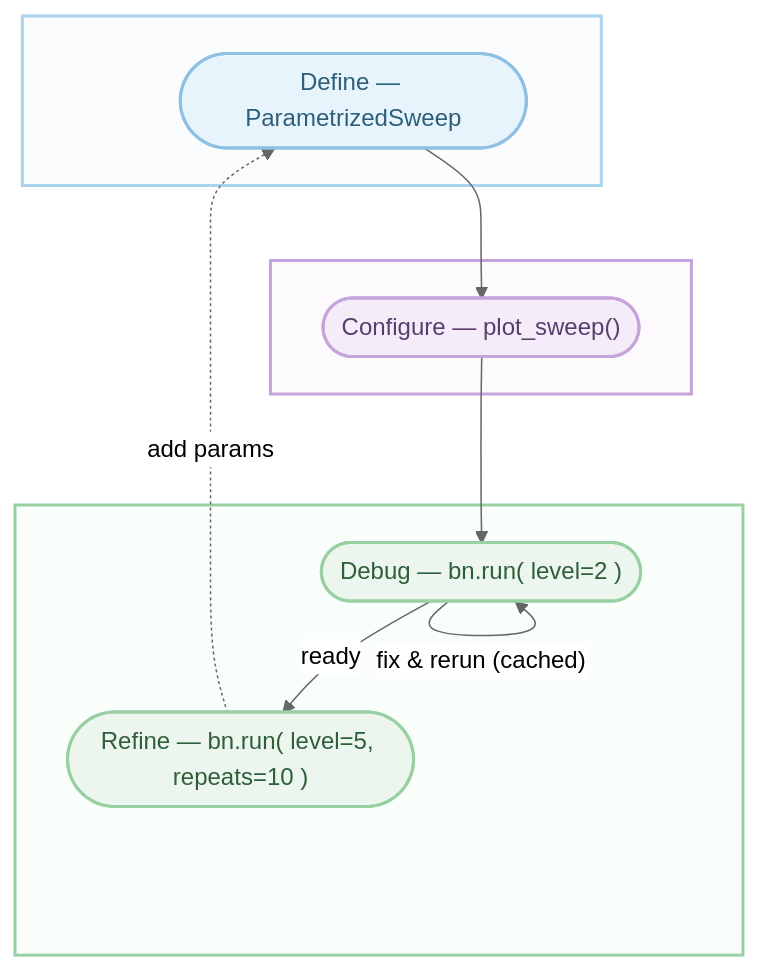
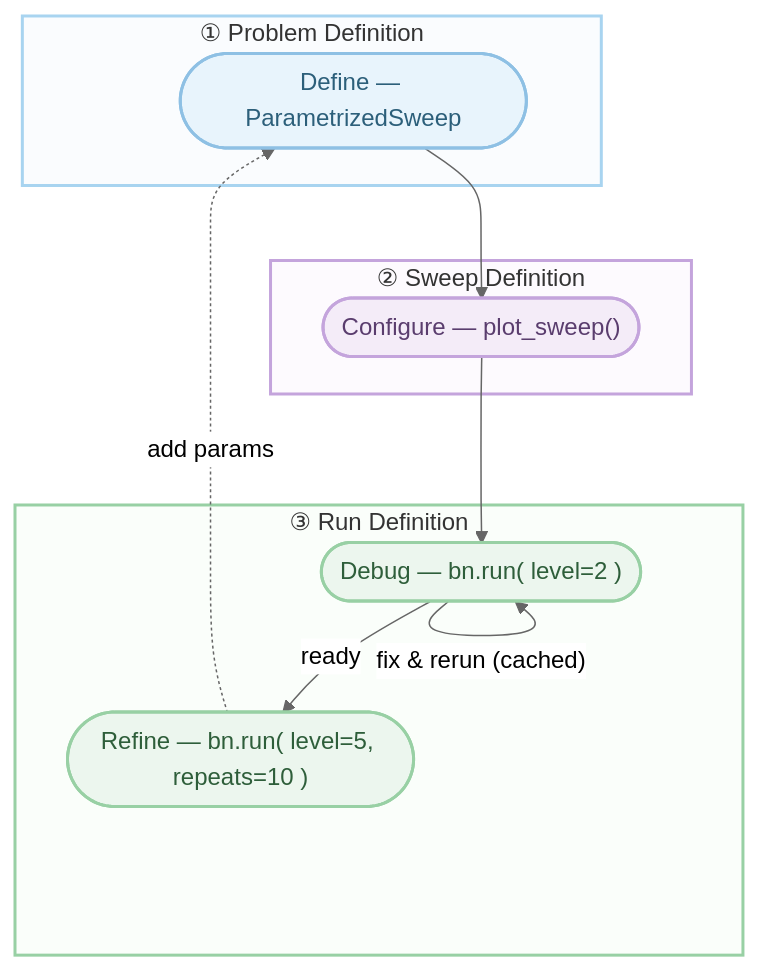
The second of 2 diagrams in docs/concepts.md (blooop/bencher), drawn with Mermaid (neutral theme) before and after one commit.

Commit message:
docs: add stage labels to workflow flowchart subgraphs

````diff
--- a/docs/concepts.md
+++ b/docs/concepts.md
@@ -146,26 +146,26 @@
 ```{mermaid}
 flowchart TB
-    subgraph stage1 [" "]
+    subgraph stage1 ["① Problem Definition"]
         Define(["Define — ParametrizedSweep"])
     end
-    subgraph stage2 [" "]
+    subgraph stage2 ["② Sweep Definition"]
         Configure(["Configure — plot_sweep()"])
     end
-    subgraph stage3 [" "]
+    subgraph stage3 ["③ Run Definition"]
         Debug(["Debug — bn.run( level=2 )"])
         Refine(["Refine — bn.run( level=5, repeats=10 )"])
     end
 
     Define --> Configure --> Debug
     Debug -- "fix & rerun (cached)" --> Debug
     Debug -- "ready" --> Refine
     Refine -. "add params" .-> Define
 
     style stage1 fill:#fafcfe,stroke:#a8d4f0,stroke-width:2px
     style stage2 fill:#fdfafe,stroke:#c4a4dc,stroke-width:2px
     style stage3 fill:#fafefa,stroke:#98d0a4,stroke-width:2px
     style Define fill:#e8f4fc,stroke:#8ec0e4,color:#2c5f7a,stroke-width:2px
     style Configure fill:#f4ecf8,stroke:#c4a4dc,color:#5a3d6e,stroke-width:2px
     style Debug fill:#ecf6ee,stroke:#98d0a4,color:#2e5e3a,stroke-width:2px
     style Refine fill:#ecf6ee,stroke:#98d0a4,color:#2e5e3a,stroke-width:2px
 ```
````
